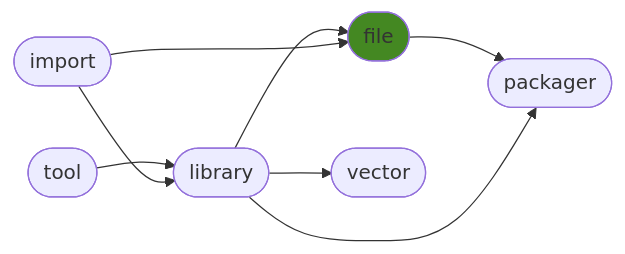
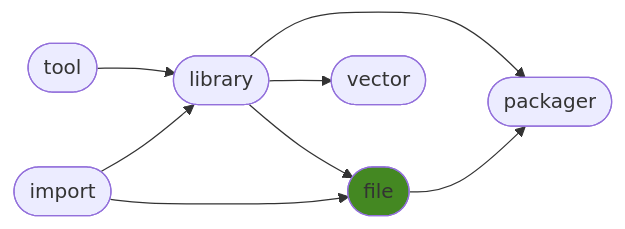
One commit to ManderaGeneral/generalfile changed the diagram in README.md. Above: the diagram before and after it, drawn with Mermaid. The commit also changed other lines of this file, not shown here.

````diff
--- a/README.md
+++ b/README.md
@@ -24,17 +24,17 @@
 ```mermaid
 flowchart LR
-3([file]) --> 5([packager])
+1([tool]) --> 2([library])
 2([library]) --> 4([vector])
 2([library]) --> 5([packager])
-1([tool]) --> 2([library])
 2([library]) --> 3([file])
 0([import]) --> 3([file])
+3([file]) --> 5([packager])
 0([import]) --> 2([library])
 click 0 "https://github.com/ManderaGeneral/generalimport"
 click 1 "https://github.com/ManderaGeneral/generaltool"
 click 2 "https://github.com/ManderaGeneral/generallibrary"
 click 3 "https://github.com/ManderaGeneral/generalfile"
 click 4 "https://github.com/ManderaGeneral/generalvector"
 click 5 "https://github.com/ManderaGeneral/generalpackager"
 style 3 fill:#482
 ```
````
